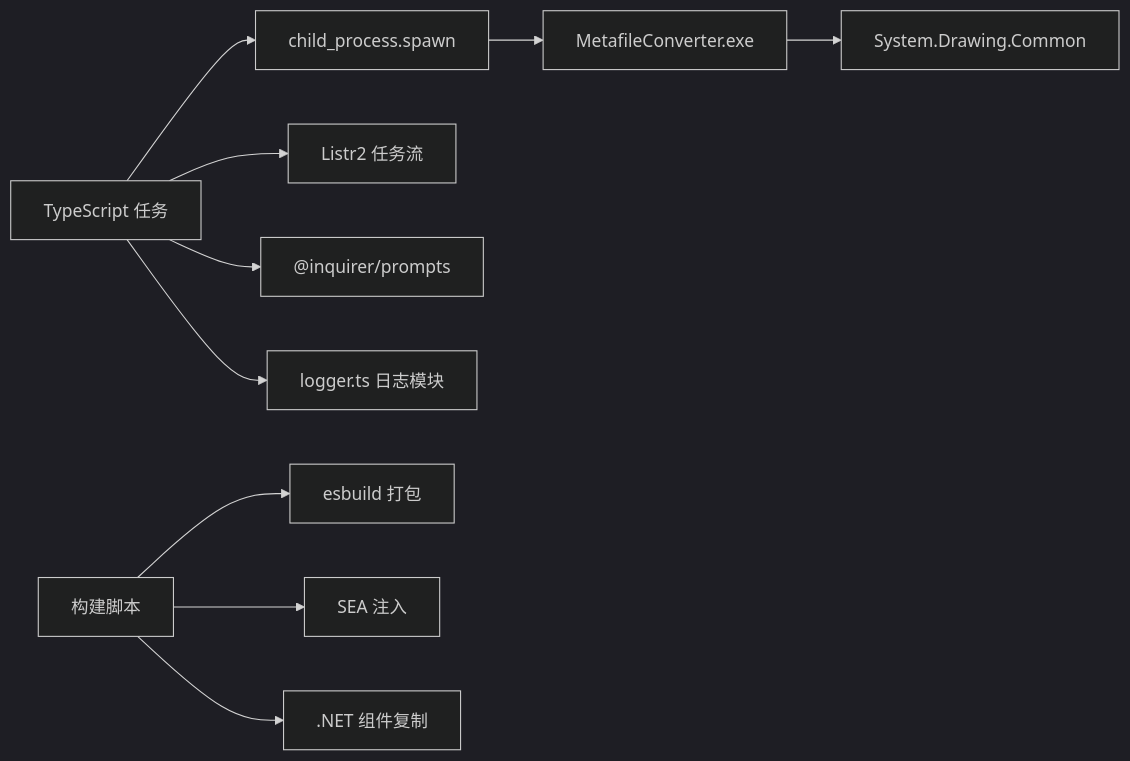
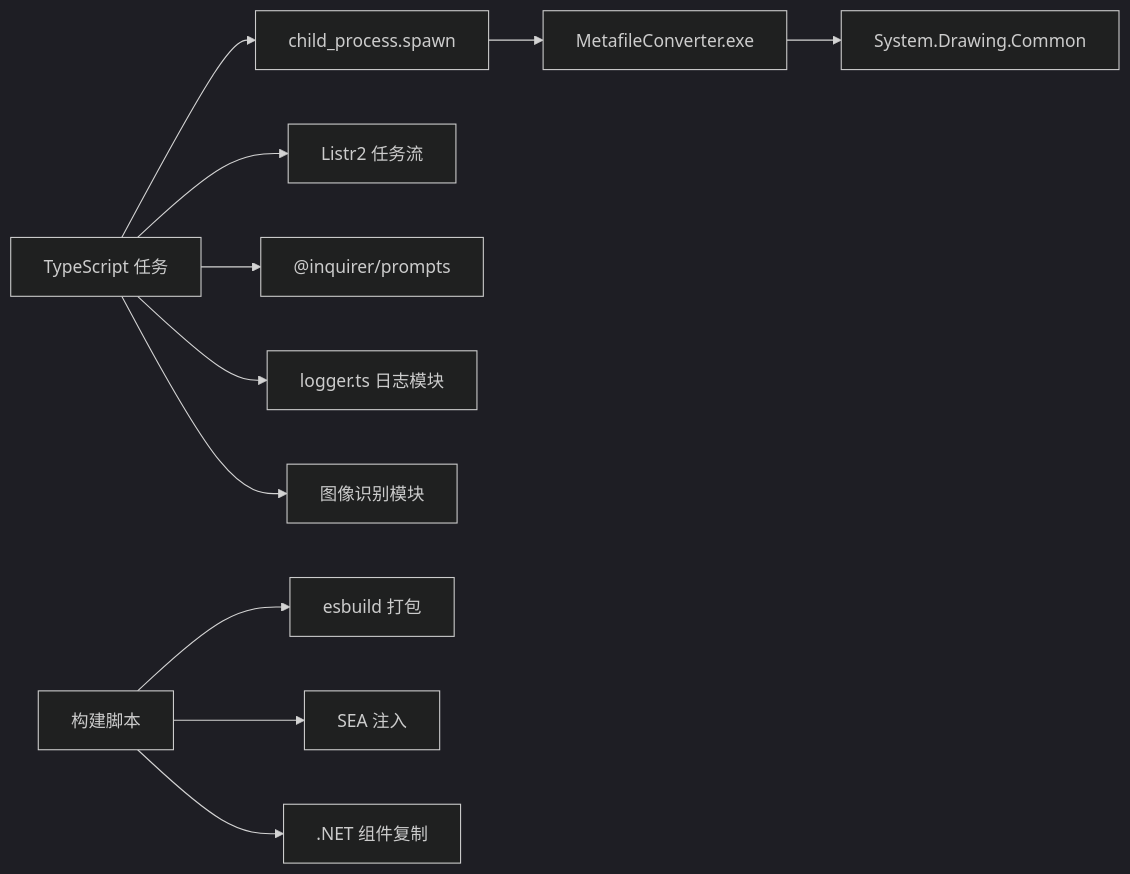
Before and after one commit to hllshiro/doc2md-cli: the seventh of 7 diagrams in .qoder/repowiki/zh/content/矢量媒体处理.md, drawn with Mermaid (dark theme). The commit also changed other lines of this file and 4 other files, not shown here.

First line of the commit message:
feat(media): 扩展多格式图像支持，增强文件处理能力

````diff
--- a/.qoder/repowiki/zh/content/矢量媒体处理.md
+++ b/.qoder/repowiki/zh/content/矢量媒体处理.md
@@ -364,12 +407,13 @@
 ```mermaid
 graph LR
 TS["TypeScript 任务"] --> SPAWN["child_process.spawn"]
 SPAWN --> EXE["MetafileConverter.exe"]
 EXE --> GDI["System.Drawing.Common"]
 TS --> LISTR["Listr2 任务流"]
 TS --> INQ["@inquirer/prompts"]
 TS --> LOGGER["logger.ts 日志模块"]
+TS --> IMAGEREC["图像识别模块"]
 BUILD["构建脚本"] --> ESBUILD["esbuild 打包"]
 BUILD --> SEA["SEA 注入"]
 BUILD --> COPY[".NET 组件复制"]
 ```
````
